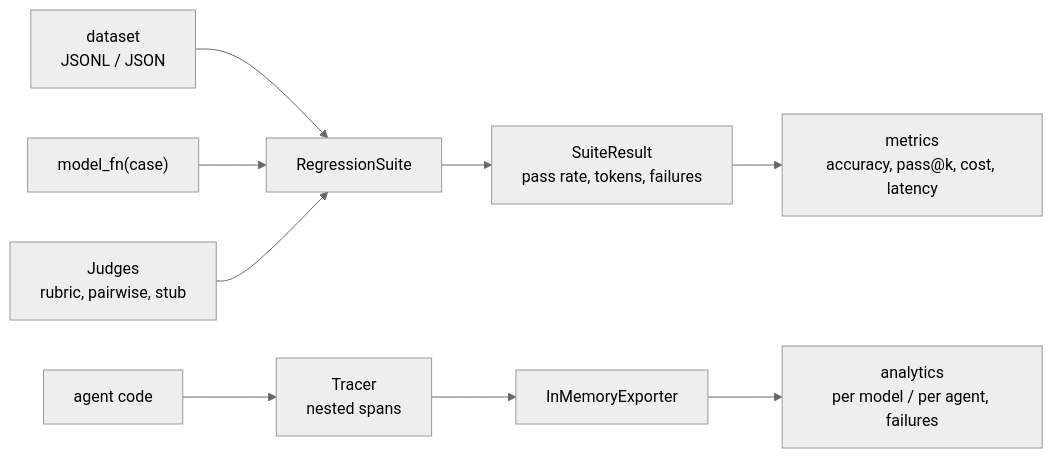
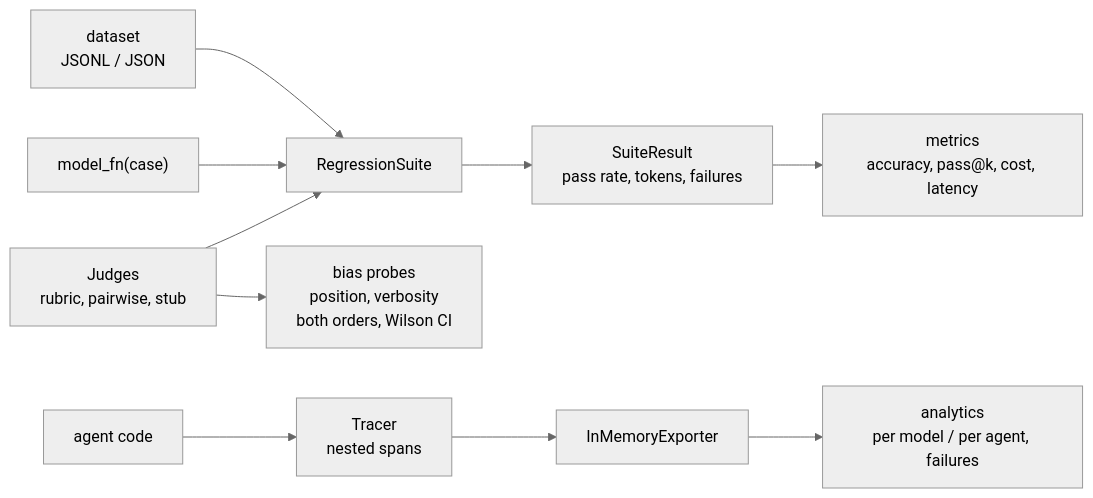
Before and after one commit to jagadishmazure-jpg/Jagadish-llm-evals-observability: the diagram in README.md, drawn with Mermaid (neutral theme). The commit also changed other lines of this file and 9 other files, not shown here.

Commit message:
Bias probes: both orders, order-consistent length attribution, n/a excluded, order-flip rate, Wilson CI, 40-pair probe sets; fix count_tests -qq bug; docs; pin CI tools

````diff
--- a/README.md
+++ b/README.md
@@ -30,10 +31,11 @@
 ```mermaid
 flowchart LR
     DS["dataset<br/>JSONL / JSON"] --> RS["RegressionSuite"]
     MF["model_fn(case)"] --> RS
     J["Judges<br/>rubric, pairwise, stub"] --> RS
+    J --> BP["bias probes<br/>position, verbosity<br/>both orders, Wilson CI"]
     RS --> SR["SuiteResult<br/>pass rate, tokens, failures"]
     SR --> M["metrics<br/>accuracy, pass@k, cost, latency"]
     APP["agent code"] --> T["Tracer<br/>nested spans"] --> EX["InMemoryExporter"]
     EX --> AN["analytics<br/>per model / per agent, failures"]
 ```
````
